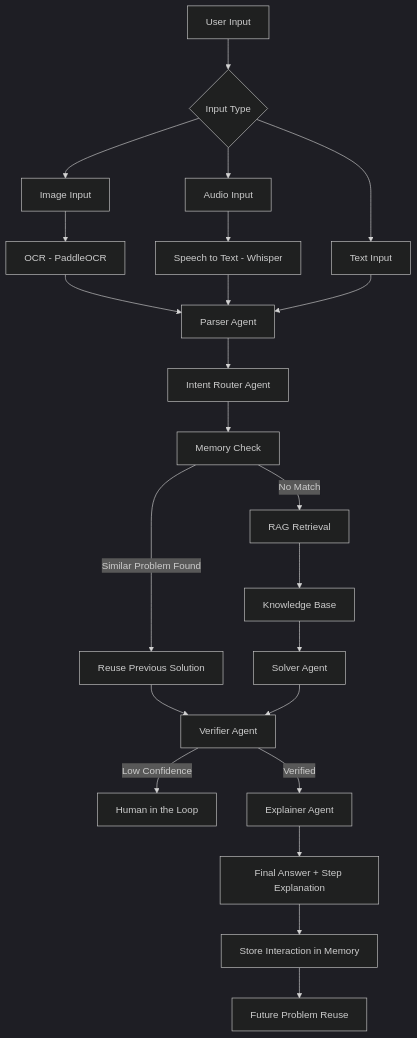
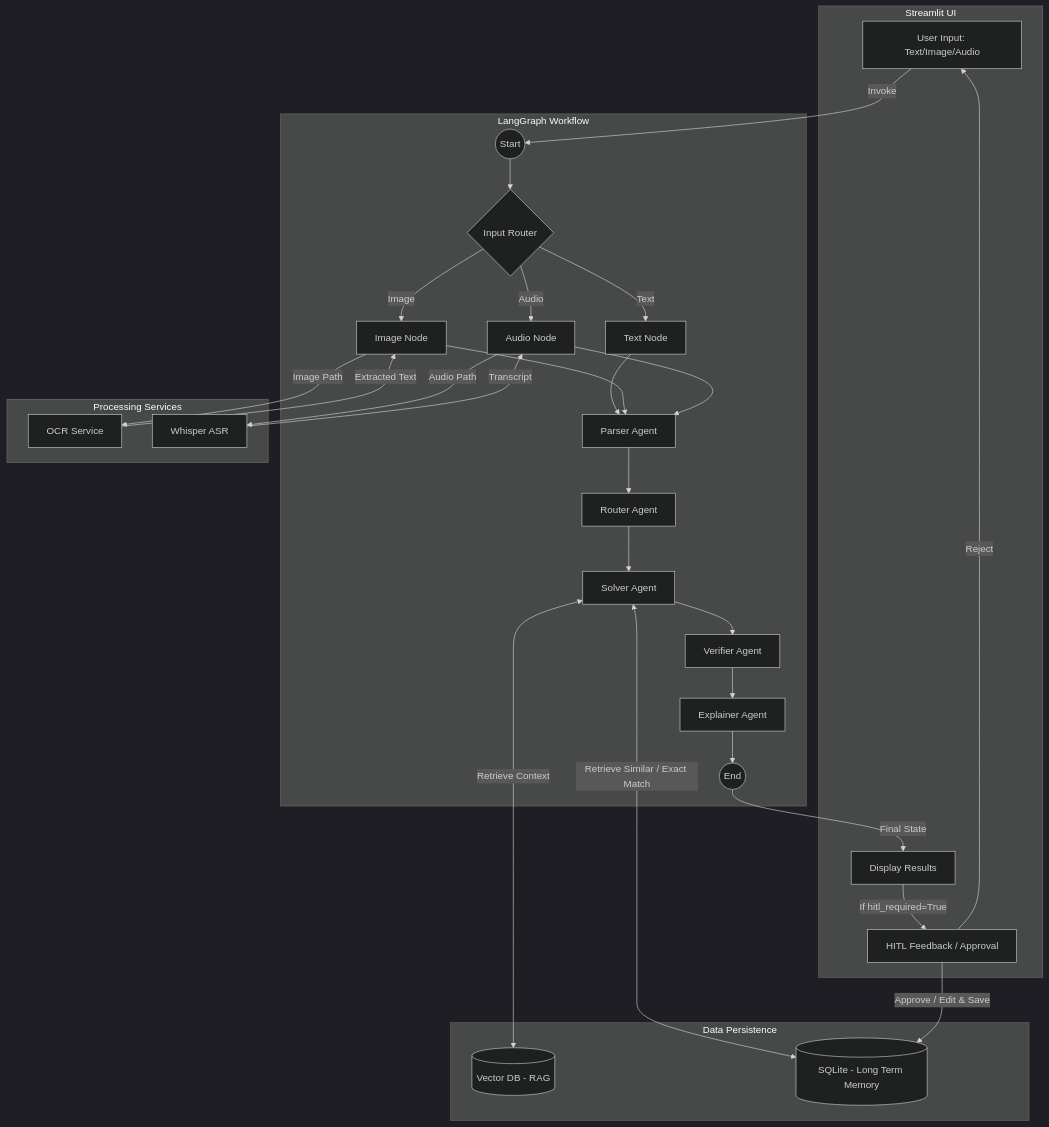
One commit to ChiragDhongadi/math-mentor-ai changed the diagram in README.md. Above: the diagram before and after it, drawn with Mermaid (dark theme).

Commit message:
Update README with improved workflow diagram

````diff
--- a/README.md
+++ b/README.md
@@ -13,42 +13,76 @@
 ```mermaid
-flowchart TD
+graph TD
+    subgraph User_Interface [Streamlit UI]
+        UI_Input[User Input: Text/Image/Audio]
+        UI_Display[Display Results]
+        UI_HITL[HITL Feedback / Approval]
+    end
 
-A[User Input]
+    subgraph LangGraph_Pipeline [LangGraph Workflow]
+        Start((Start))
+        Input_Router{Input Router}
+        
+        Node_Text[Text Node]
+        Node_Image[Image Node]
+        Node_Audio[Audio Node]
+        
+        Node_Parser[Parser Agent]
+        Node_Router[Router Agent]
+        Node_Solver[Solver Agent]
+        Node_Verifier[Verifier Agent]
+        Node_Explainer[Explainer Agent]
+        
+        End((End))
+    end
 
-A --> B{Input Type}
+    subgraph External_Services [Processing Services]
+        Service_OCR[OCR Service]
+        Service_ASR[Whisper ASR]
+    end
 
-B --> C[Text Input]
-B --> D[Image Input]
-B --> E[Audio Input]
+    subgraph Data_Layer [Data Persistence]
+        DB_RAG[(Vector DB - RAG)]
+        DB_Memory[(SQLite - Long Term Memory)]
+    end
 
-D --> F[OCR - PaddleOCR]
-E --> G[Speech to Text - Whisper]
+    %% UI to Graph
+    UI_Input -->|Invoke| Start
 
-F --> H[Parser Agent]
-G --> H
-C --> H
+    %% Graph Flow
+    Start --> Input_Router
+    Input_Router -->|Text| Node_Text
+    Input_Router -->|Image| Node_Image
+    Input_Router -->|Audio| Node_Audio
 
-H --> I[Intent Router Agent]
+    %% Input Processing
+    Node_Image -->|Image Path| Service_OCR
+    Service_OCR -->|Extracted Text| Node_Image
+    
+    Node_Audio -->|Audio Path| Service_ASR
+    Service_ASR -->|Transcript| Node_Audio
 
-I --> J[Memory Check]
+    %% Main Pipeline
+    Node_Text --> Node_Parser
+    Node_Image --> Node_Parser
+    Node_Audio --> Node_Parser
+    
+    Node_Parser --> Node_Router
+    Node_Router --> Node_Solver
+    
+    %% Solver Logic
+    Node_Solver <-->|Retrieve Context| DB_RAG
+    Node_Solver <-->|Retrieve Similar / Exact Match| DB_Memory
+    
+    Node_Solver --> Node_Verifier
+    Node_Verifier --> Node_Explainer
+    Node_Explainer --> End
 
-J -->|Similar Problem Found| K[Reuse Previous Solution]
+    %% Output to UI
+    End -->|Final State| UI_Display
 
-J -->|No Match| L[RAG Retrieval]
+    %% HITL Loop
+    UI_Display -->|If hitl_required=True| UI_HITL
+    UI_HITL -->|Approve / Edit & Save| DB_Memory
+    UI_HITL -->|Reject| UI_Input
 
-L --> M[Knowledge Base]
-M --> N[Solver Agent]
-
-K --> O[Verifier Agent]
-N --> O
-
-O -->|Low Confidence| P[Human in the Loop]
-
-O -->|Verified| Q[Explainer Agent]
-
-Q --> R[Final Answer + Step Explanation]
-
-R --> S[Store Interaction in Memory]
-
-S --> T[Future Problem Reuse]
 ```
````
